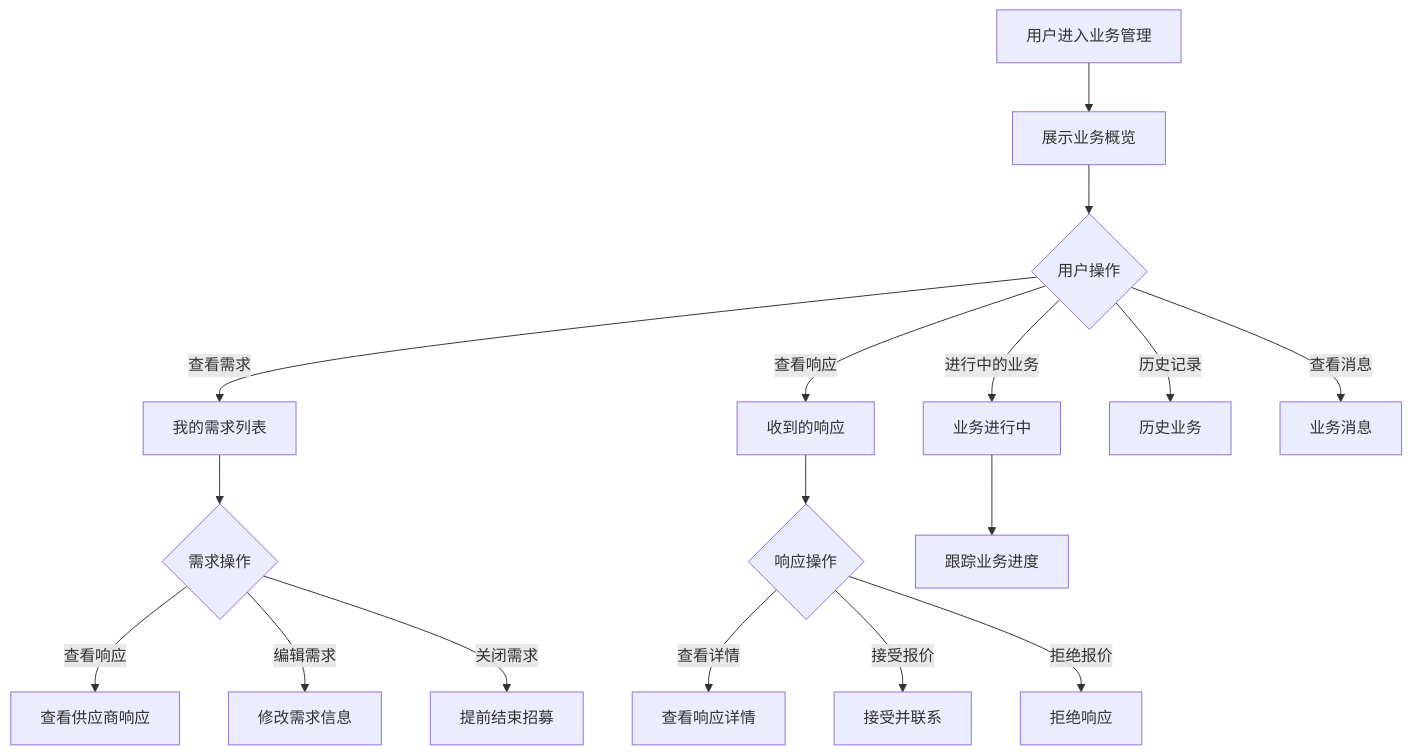
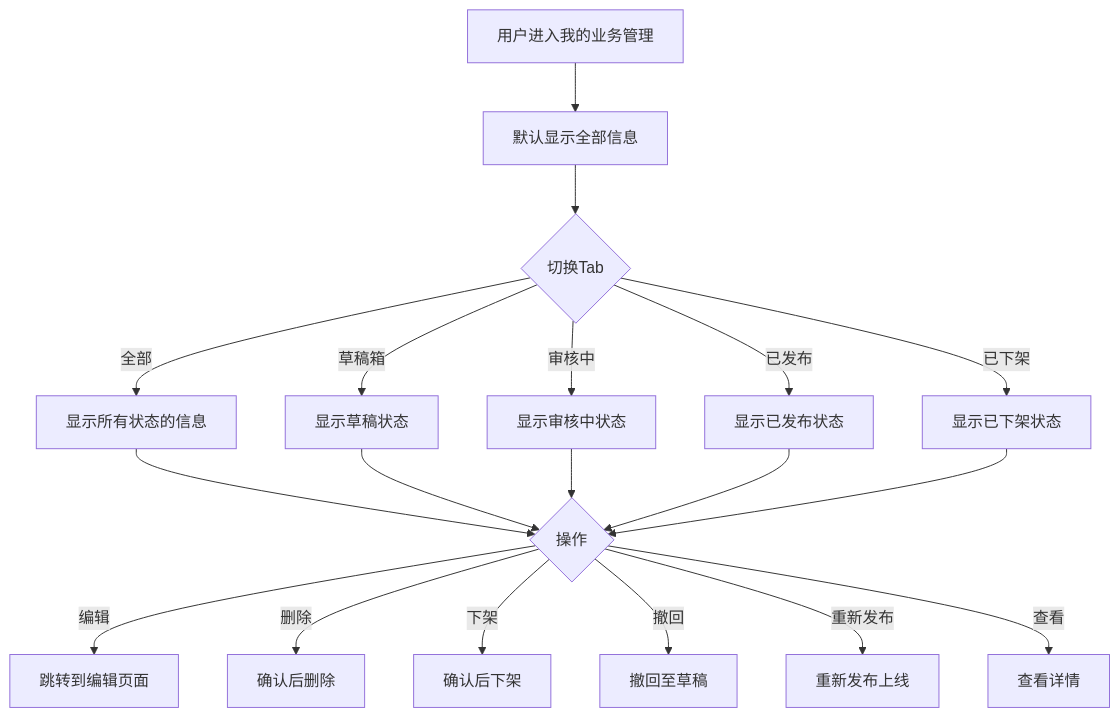
One commit to 573746624-hash/JZT------20260310 changed the diagram in docs/产业管理/我的业务管理.md. Above: the diagram before and after it, drawn with Mermaid. The commit also changed other lines of this file and 25 other files, not shown here.

````diff
--- a/docs/产业管理/我的业务管理.md
+++ b/docs/产业管理/我的业务管理.md
@@ -9,19 +8,21 @@
 ```mermaid
 flowchart TD
-    A[用户进入业务管理] --> B[展示业务概览]
-    B --> C{用户操作}
-    C -->|查看需求| D[我的需求列表]
-    C -->|查看响应| E[收到的响应]
-    C -->|进行中的业务| F[业务进行中]
-    C -->|历史记录| G[历史业务]
-    C -->|查看消息| H[业务消息]
-    D --> I{需求操作}
-    I -->|查看响应| J[查看供应商响应]
-    I -->|编辑需求| K[修改需求信息]
-    I -->|关闭需求| L[提前结束招募]
-    E --> M{响应操作}
-    M -->|查看详情| N[查看响应详情]
-    M -->|接受报价| O[接受并联系]
-    M -->|拒绝报价| P[拒绝响应]
-    F --> Q[跟踪业务进度]
+    A[用户进入我的业务管理] --> B[默认显示全部信息]
+    B --> C{切换Tab}
+    C -->|全部| D[显示所有状态的信息]
+    C -->|草稿箱| E[显示草稿状态]
+    C -->|审核中| F[显示审核中状态]
+    C -->|已发布| G[显示已发布状态]
+    C -->|已下架| H[显示已下架状态]
+    D --> I{操作}
+    E --> I
+    F --> I
+    G --> I
+    H --> I
+    I -->|编辑| J[跳转到编辑页面]
+    I -->|删除| K[确认后删除]
+    I -->|下架| L[确认后下架]
+    I -->|撤回| M[撤回至草稿]
+    I -->|重新发布| N[重新发布上线]
+    I -->|查看| O[查看详情]
 ```
````
